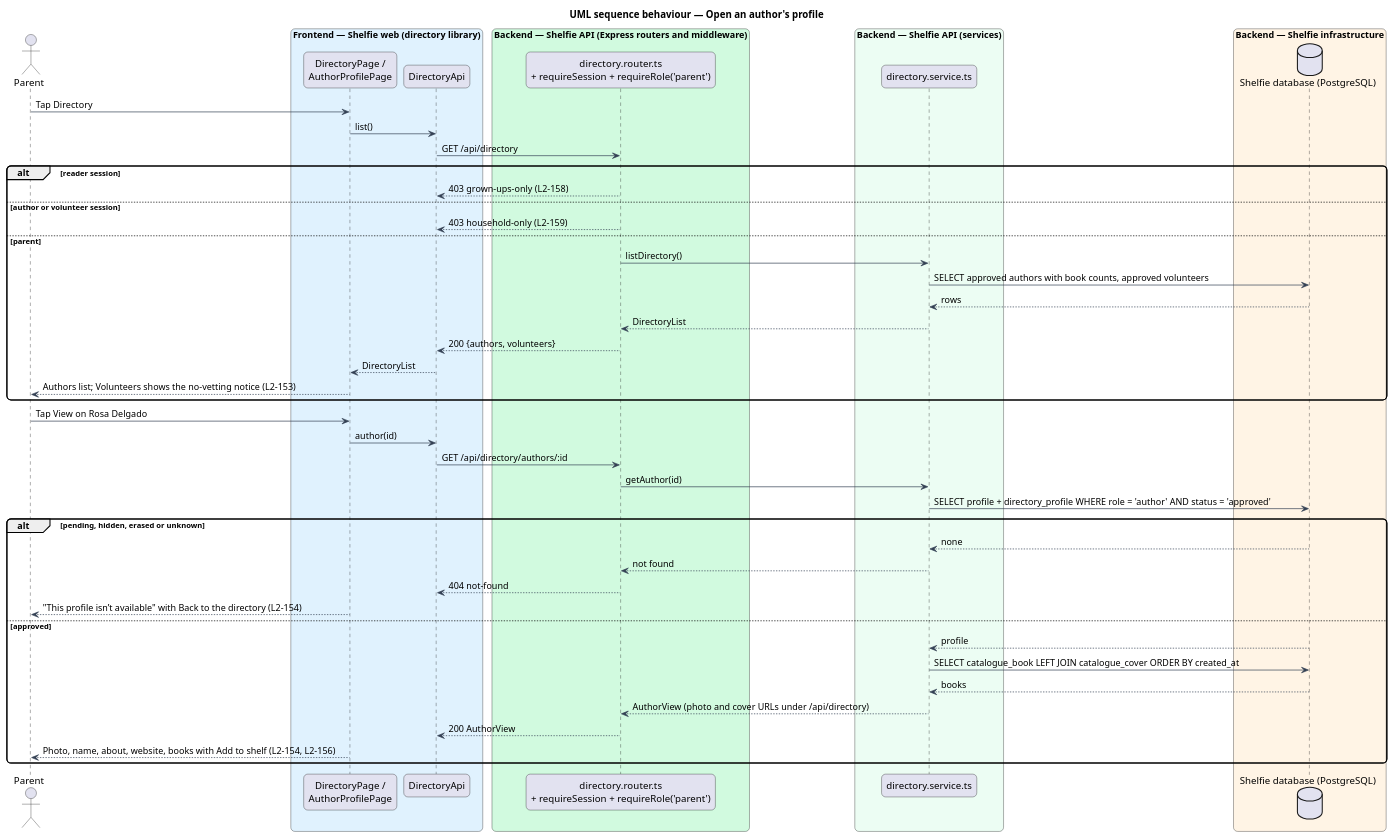
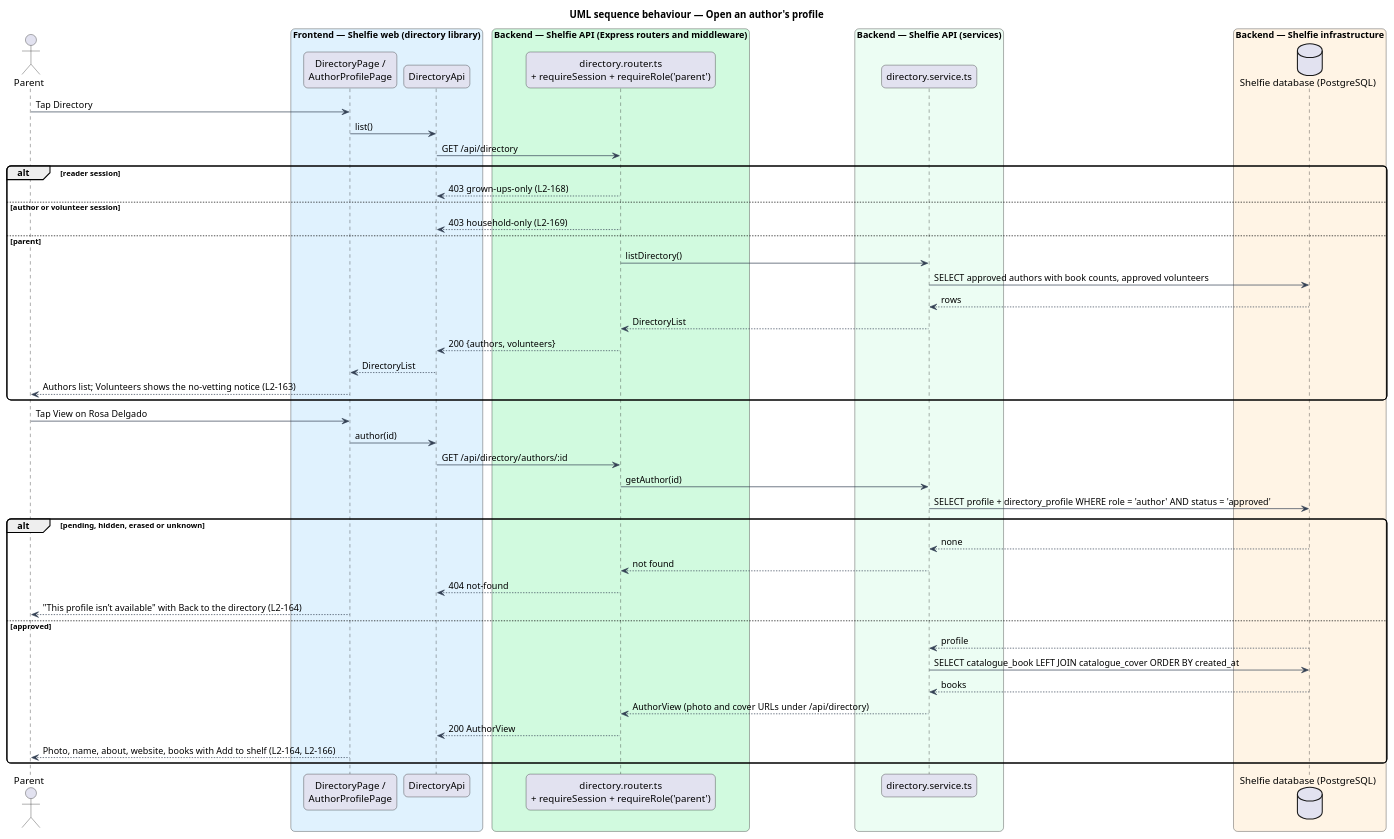
One commit to QuinntyneBrown/shelfie changed the diagram in docs/detailed-designs/directory/browse-directory/diagrams/sequence-open-author.puml. Above: the diagram before and after it, drawn with PlantUML. The commit also changed 125 other files, not shown here.

```diff
--- a/docs/detailed-designs/directory/browse-directory/diagrams/sequence-open-author.puml
+++ b/docs/detailed-designs/directory/browse-directory/diagrams/sequence-open-author.puml
@@ -1,57 +1,57 @@
 @startuml
 title UML sequence behaviour — Open an author's profile
 skinparam backgroundColor #FFFFFF
 skinparam shadowing false
 skinparam roundcorner 12
 skinparam defaultFontName Arial
 skinparam ArrowColor #344054
 actor "Parent" as parent
 box "Frontend — Shelfie web (directory library)" #E0F2FE
   participant "DirectoryPage /\nAuthorProfilePage" as page
   participant "DirectoryApi" as client
 end box
 box "Backend — Shelfie API (Express routers and middleware)" #D1FADF
   participant "directory.router.ts\n+ requireSession + requireRole('parent')" as router
 end box
 box "Backend — Shelfie API (services)" #ECFDF3
   participant "directory.service.ts" as service
 end box
 box "Backend — Shelfie infrastructure" #FFF4E5
   database "Shelfie database (PostgreSQL)" as db
 end box
 
 parent -> page : Tap Directory
 page -> client : list()
 client -> router : GET /api/directory
 alt reader session
-  router --> client : 403 grown-ups-only (L2-158)
+  router --> client : 403 grown-ups-only (L2-168)
 else author or volunteer session
-  router --> client : 403 household-only (L2-159)
+  router --> client : 403 household-only (L2-169)
 else parent
   router -> service : listDirectory()
   service -> db : SELECT approved authors with book counts, approved volunteers
   db --> service : rows
   service --> router : DirectoryList
   router --> client : 200 {authors, volunteers}
   client --> page : DirectoryList
-  page --> parent : Authors list; Volunteers shows the no-vetting notice (L2-153)
+  page --> parent : Authors list; Volunteers shows the no-vetting notice (L2-163)
 end
 parent -> page : Tap View on Rosa Delgado
 page -> client : author(id)
 client -> router : GET /api/directory/authors/:id
 router -> service : getAuthor(id)
 service -> db : SELECT profile + directory_profile WHERE role = 'author' AND status = 'approved'
 alt pending, hidden, erased or unknown
   db --> service : none
   service --> router : not found
   router --> client : 404 not-found
-  page --> parent : "This profile isn’t available" with Back to the directory (L2-154)
+  page --> parent : "This profile isn’t available" with Back to the directory (L2-164)
 else approved
   db --> service : profile
   service -> db : SELECT catalogue_book LEFT JOIN catalogue_cover ORDER BY created_at
   db --> service : books
   service --> router : AuthorView (photo and cover URLs under /api/directory)
   router --> client : 200 AuthorView
-  page --> parent : Photo, name, about, website, books with Add to shelf (L2-154, L2-156)
+  page --> parent : Photo, name, about, website, books with Add to shelf (L2-164, L2-166)
 end
 @enduml
```
